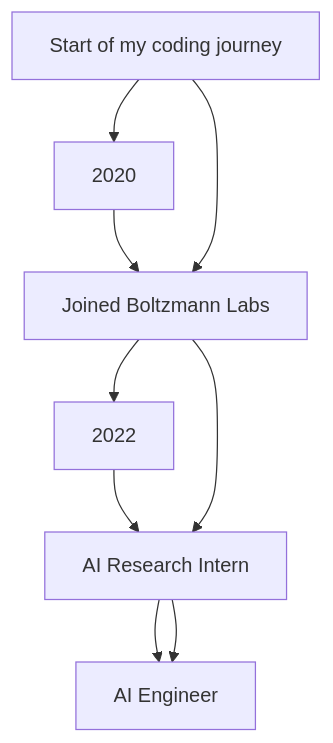
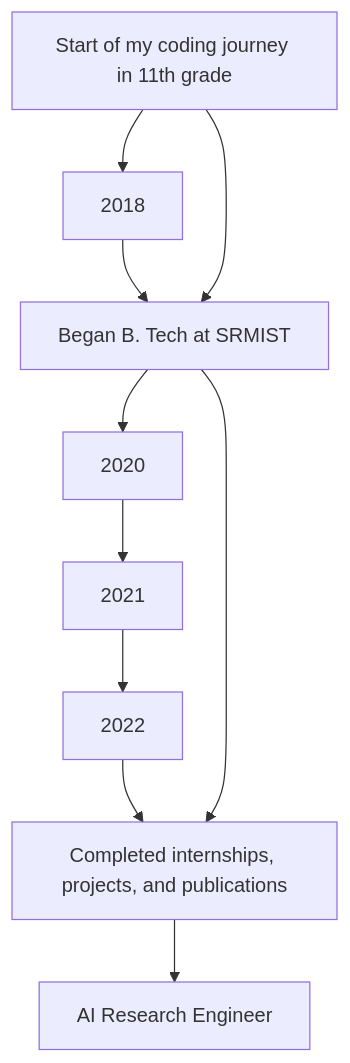
One commit to HaripreethAvarur/HaripreethAvarur changed the diagram in README.md. Above: the diagram before and after it, drawn with Mermaid. The commit also changed other lines of this file, not shown here.

````diff
--- a/README.md
+++ b/README.md
@@ -66,6 +53,6 @@
 ```mermaid
 graph TD;
-    2019-->2020-->2021-->2022-->2023-->2024;
-    2019[Start of my coding journey] --> 2021[Joined Boltzmann Labs];
-    2021 --> 2023[AI Research Intern] --> 2024[AI Engineer]
+    2017-->2018-->2019-->2020-->2021-->2022-->2023;
+    2017[Start of my coding journey in 11th grade] --> 2019[Began B. Tech at SRMIST];
+    2019 --> 2023[Completed internships, projects, and publications] --> 2024[AI Research Engineer]
 ```
````
